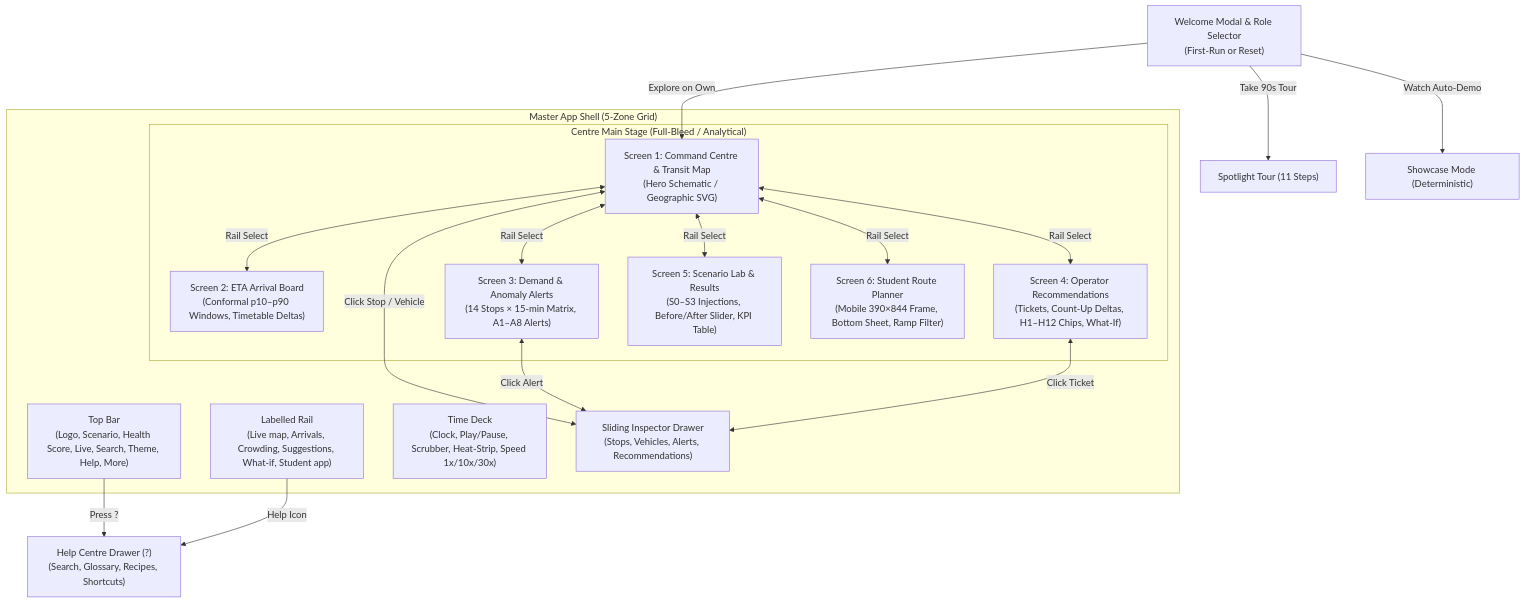
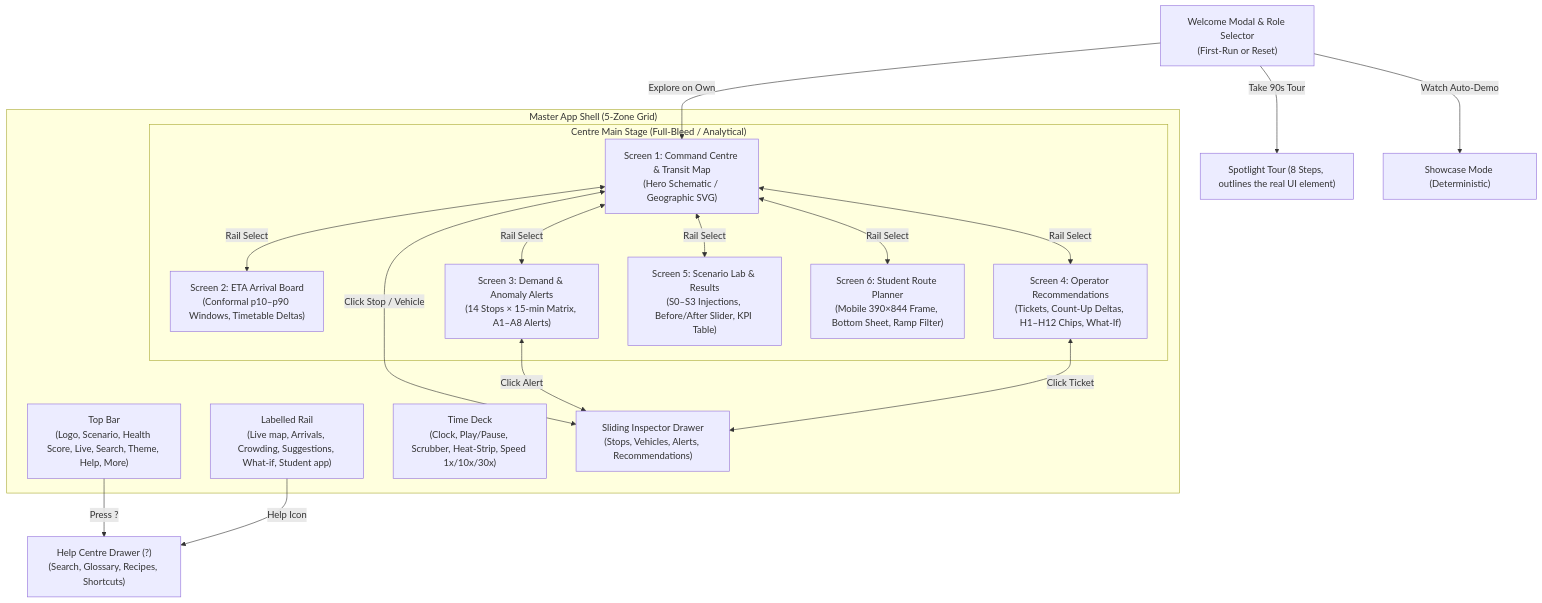
One commit to NEXUS-888/RoutePulse changed the diagram in docs/APP_MAP.md. Above: the diagram before and after it, drawn with Mermaid. The commit also changed 34 other files, not shown here.

````diff
--- a/docs/APP_MAP.md
+++ b/docs/APP_MAP.md
@@ -10,37 +10,37 @@
 ```mermaid
 flowchart TD
     Welcome["Welcome Modal & Role Selector\n(First-Run or Reset)"]
-    Welcome -->|"Take 90s Tour"| Tour["Spotlight Tour (11 Steps)"]
+    Welcome -->|"Take 90s Tour"| Tour["Spotlight Tour (8 Steps, outlines the real UI element)"]
     Welcome -->|"Watch Auto-Demo"| AutoDemo["Showcase Mode (Deterministic)"]
     Welcome -->|"Explore on Own"| CommandCentre
 
     subgraph AppShell["Master App Shell (5-Zone Grid)"]
         Ribbon["Top Bar\n(Logo, Scenario, Health Score, Live, Search, Theme, Help, More)"]
         Rail["Labelled Rail\n(Live map, Arrivals, Crowding, Suggestions, What-if, Student app)"]
         TimeDeck["Time Deck\n(Clock, Play/Pause, Scrubber, Heat-Strip, Speed 1x/10x/30x)"]
         Inspector["Sliding Inspector Drawer\n(Stops, Vehicles, Alerts, Recommendations)"]
 
         subgraph MainStage["Centre Main Stage (Full-Bleed / Analytical)"]
             CommandCentre["Screen 1: Command Centre & Transit Map\n(Hero Schematic / Geographic SVG)"]
             EtaBoard["Screen 2: ETA Arrival Board\n(Conformal p10–p90 Windows, Timetable Deltas)"]
             DemandAlerts["Screen 3: Demand & Anomaly Alerts\n(14 Stops × 15-min Matrix, A1–A8 Alerts)"]
             Recommendations["Screen 4: Operator Recommendations\n(Tickets, Count-Up Deltas, H1–H12 Chips, What-If)"]
             ScenarioLab["Screen 5: Scenario Lab & Results\n(S0–S3 Injections, Before/After Slider, KPI Table)"]
             StudentView["Screen 6: Student Route Planner\n(Mobile 390×844 Frame, Bottom Sheet, Ramp Filter)"]
         end
     end
 
     HelpDrawer["Help Centre Drawer (?)\n(Search, Glossary, Recipes, Shortcuts)"]
 
     CommandCentre <-->|"Click Stop / Vehicle"| Inspector
     DemandAlerts <-->|"Click Alert"| Inspector
     Recommendations <-->|"Click Ticket"| Inspector
     CommandCentre <-->|"Rail Select"| EtaBoard
     CommandCentre <-->|"Rail Select"| DemandAlerts
     CommandCentre <-->|"Rail Select"| Recommendations
     CommandCentre <-->|"Rail Select"| ScenarioLab
     CommandCentre <-->|"Rail Select"| StudentView
 
     Ribbon -->|"Press ?"| HelpDrawer
     Rail -->|"Help Icon"| HelpDrawer
 ```
````
